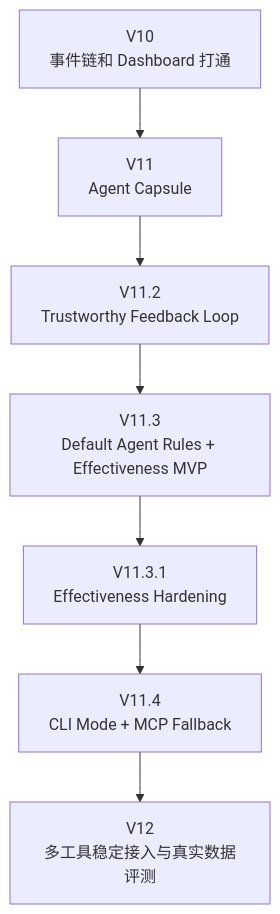
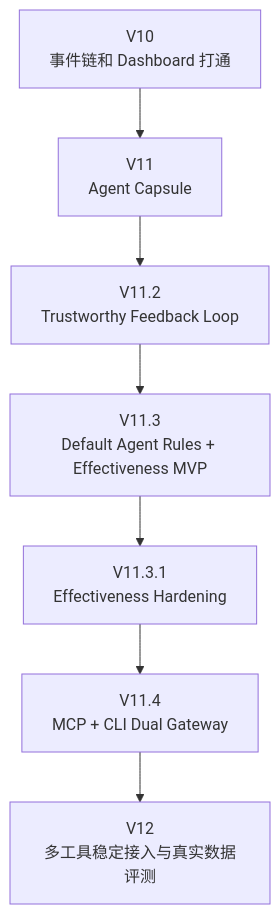
The seventh of 7 diagrams in README.md (liuanye9-lab/OS-agent-slim), drawn with Mermaid before and after one commit. The commit also changed other lines of this file and 18 other files, not shown here.

First line of the commit message:
V11.4 MCP + CLI Dual Gateway

````diff
--- a/README.md
+++ b/README.md
@@ -589,9 +660,9 @@
 ```mermaid
 flowchart TB
     V10[V10<br/>事件链和 Dashboard 打通] --> V11[V11<br/>Agent Capsule]
     V11 --> V112[V11.2<br/>Trustworthy Feedback Loop]
     V112 --> V113[V11.3<br/>Default Agent Rules + Effectiveness MVP]
     V113 --> V1131[V11.3.1<br/>Effectiveness Hardening]
-    V1131 --> V114[V11.4<br/>CLI Mode + MCP Fallback]
+    V1131 --> V114[V11.4<br/>MCP + CLI Dual Gateway]
     V114 --> V12[V12<br/>多工具稳定接入与真实数据评测]
 ```
````
